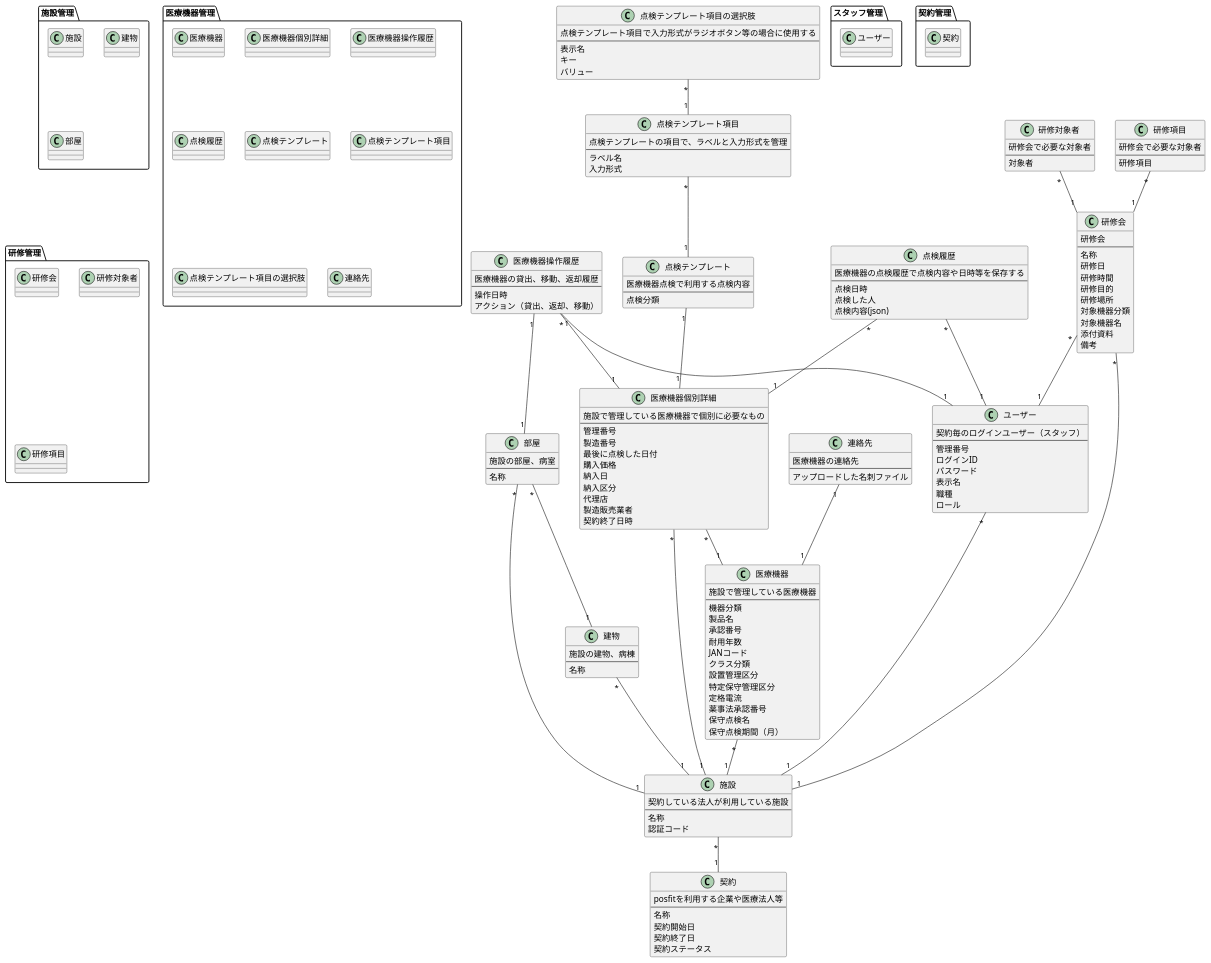
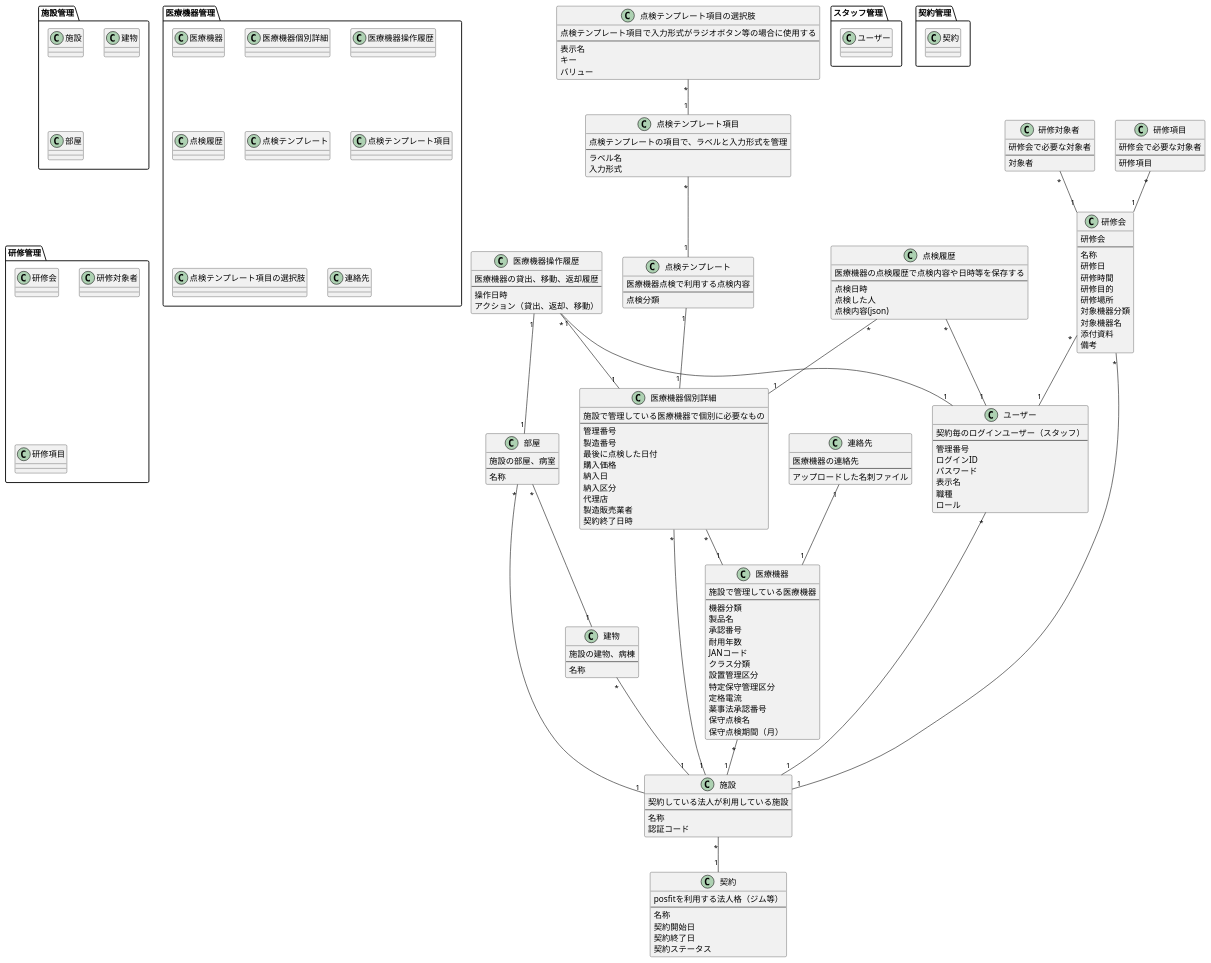
The diagram in docs/db/posefit.puml (autofit-hackers/autofit), drawn with PlantUML before and after one commit. The commit also changed 1 other file, not shown here.

```diff
--- a/docs/db/posefit.puml
+++ b/docs/db/posefit.puml
@@ -1,193 +1,193 @@
 @startuml domain-model
 
 package スタッフ管理 {
   class ユーザー
 }
 
 package 契約管理 {
   class 契約
 }
 
 package 施設管理 {
   class 施設
   class 建物
   class 部屋
 }
 
 package 医療機器管理 {
   class 医療機器
   class 医療機器個別詳細
   class 医療機器操作履歴
   class 点検履歴
   class 点検テンプレート
   class 点検テンプレート項目
   class 点検テンプレート項目の選択肢
   class 連絡先
 }
 
 package 研修管理 {
   class 研修会
   class 研修対象者
   class 研修項目
 }
 
 class 契約 {
-  posfitを利用する企業や医療法人等
+  posfitを利用する法人格（ジム等）
   ---
   名称
   契約開始日
   契約終了日
   契約ステータス
 }
 
 class 施設 {
   契約している法人が利用している施設
   ---
   名称
   認証コード
 }
 施設 "*" -- "1" 契約
 
 class ユーザー {
   契約毎のログインユーザー（スタッフ）
   ---
   管理番号
   ログインID
   パスワード
   表示名
   職種
   ロール
 }
 ユーザー "*" -- "1" 施設
 
 class 医療機器 {
   施設で管理している医療機器
   ---
   機器分類
   製品名
   承認番号
   耐用年数
   JANコード
   クラス分類
   設置管理区分
   特定保守管理区分
   定格電流
   薬事法承認番号
   保守点検名
   保守点検期間（月）
 }
 医療機器 "*" -- "1" 施設
 
 class 医療機器個別詳細 {
   施設で管理している医療機器で個別に必要なもの
   ---
   管理番号
   製造番号
   最後に点検した日付
   購入価格
   納入日
   納入区分
   代理店
   製造販売業者
   契約終了日時
 }
 医療機器個別詳細 "*" -- "1" 施設
 医療機器個別詳細 "*" -- "1" 医療機器
 
 class 連絡先 {
   医療機器の連絡先
   ---
   アップロードした名刺ファイル
 }
 連絡先 "1" -- "1" 医療機器
 
 class 建物 {
   施設の建物、病棟
   ---
   名称
 }
 建物 "*" -- "1" 施設
 
 class 部屋 {
   施設の部屋、病室
   ---
   名称
 }
 部屋 "*" -- "1" 施設
 部屋 "*" -- "1" 建物
 
 class 医療機器操作履歴 {
   医療機器の貸出、移動、返却履歴
   ---
   操作日時
   アクション（貸出、返却、移動）
 }
 医療機器操作履歴 "*" -- "1" 医療機器個別詳細
 医療機器操作履歴 "1" -- "1" ユーザー
 医療機器操作履歴 "1" -- "1" 部屋
 
 class 点検テンプレート {
   医療機器点検で利用する点検内容
   ---
   点検分類
 }
 点検テンプレート "1" -- "1" 医療機器個別詳細
 
 class 点検テンプレート項目 {
   点検テンプレートの項目で、ラベルと入力形式を管理
   ---
   ラベル名
   入力形式
 }
 点検テンプレート項目 "*" -- "1" 点検テンプレート
 
 class 点検テンプレート項目の選択肢 {
   点検テンプレート項目で入力形式がラジオボタン等の場合に使用する
   ---
   表示名
   キー
   バリュー
 }
 点検テンプレート項目の選択肢 "*" -- "1" 点検テンプレート項目
 
 class 点検履歴 {
   医療機器の点検履歴で点検内容や日時等を保存する
   ---
   点検日時
   点検した人
   点検内容(json)
 }
 点検履歴 "*" -- "1" 医療機器個別詳細
 点検履歴 "*" -- "1" ユーザー
 
 class 研修会 {
   研修会
   ---
   名称
   研修日
   研修時間
   研修目的
   研修場所
   対象機器分類
   対象機器名
   添付資料
   備考
 }
 研修会 "*" -- "1" 施設
 研修会 "*" -- "1" ユーザー
 
 class 研修対象者 {
   研修会で必要な対象者
   ---
   対象者
 }
 研修対象者 "*" -- "1" 研修会
 
 class 研修項目 {
   研修会で必要な対象者
   ---
   研修項目
 }
 研修項目 "*" -- "1" 研修会
 
 @enduml
```
